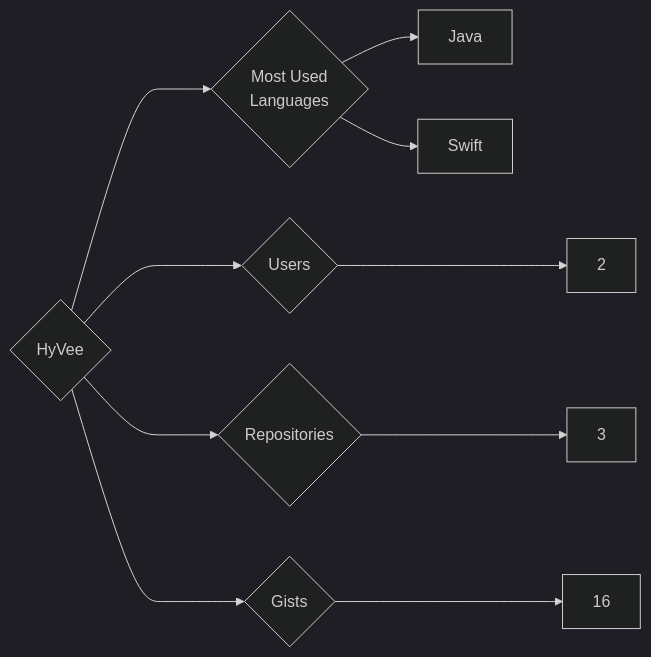
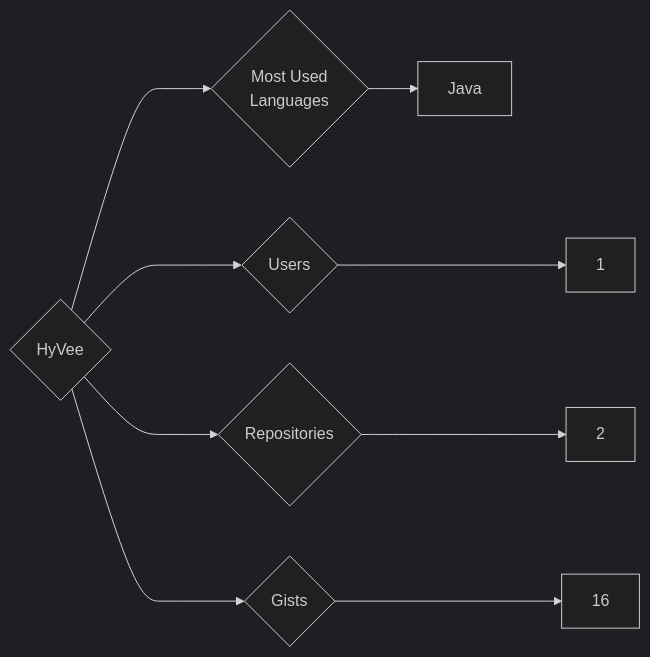
The diagram in targets/HyVee/README.md (trickest/insiders), drawn with Mermaid (dark theme) before and after one commit. The commit also changed 899 other files, not shown here.

````diff
--- a/targets/HyVee/README.md
+++ b/targets/HyVee/README.md
@@ -3,10 +3,9 @@
 ```mermaid
 graph LR
 COMPANY_NAME{HyVee}
-COMPANY_NAME ---> U{Users} ---> UN[2]
-COMPANY_NAME ---> R{Repositories} ---> RN[3]
+COMPANY_NAME ---> U{Users} ---> UN[1]
+COMPANY_NAME ---> R{Repositories} ---> RN[2]
 COMPANY_NAME ---> G{Gists} ---> GN[16]
 COMPANY_NAME ---> ML{Most Used<br>Languages}
 ML --> Java[Java]
-ML --> Swift[Swift]
 ```
````
